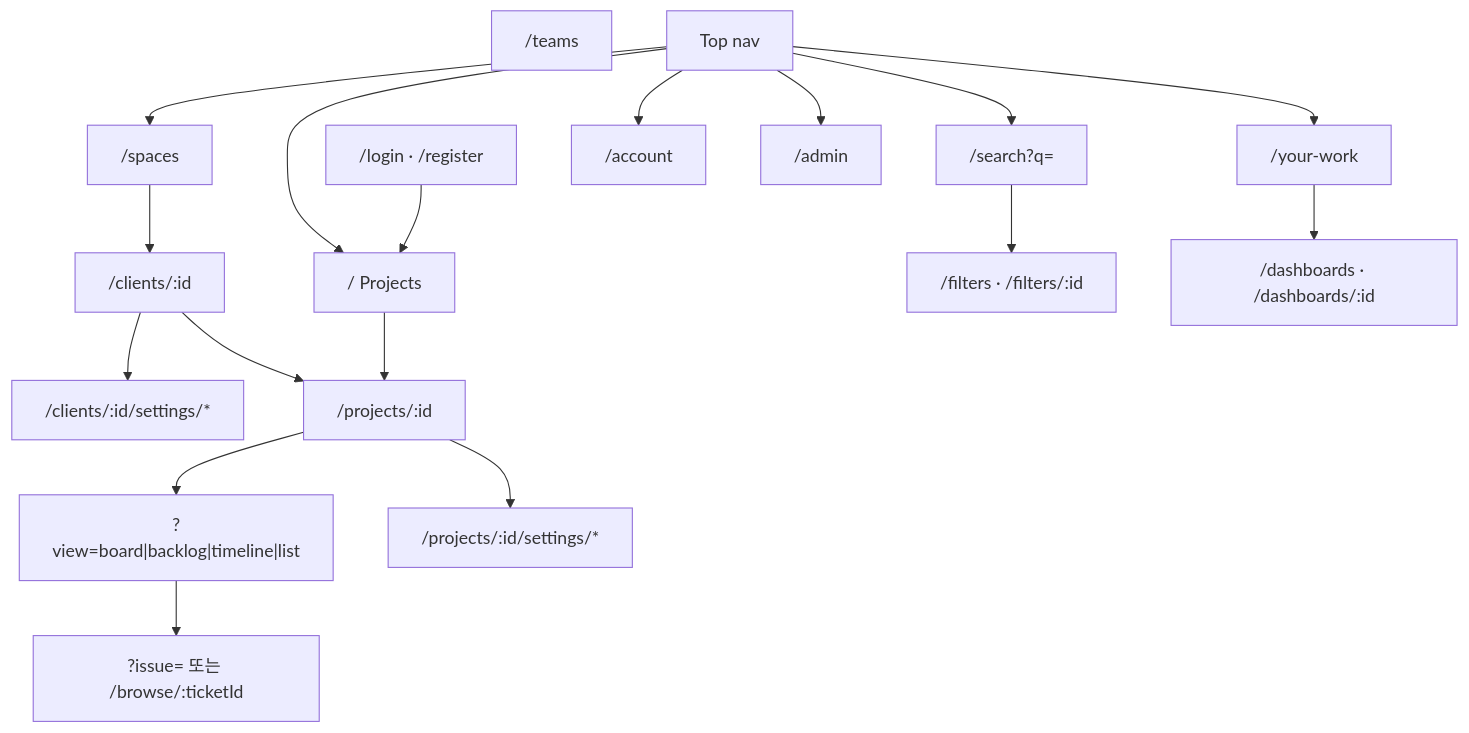
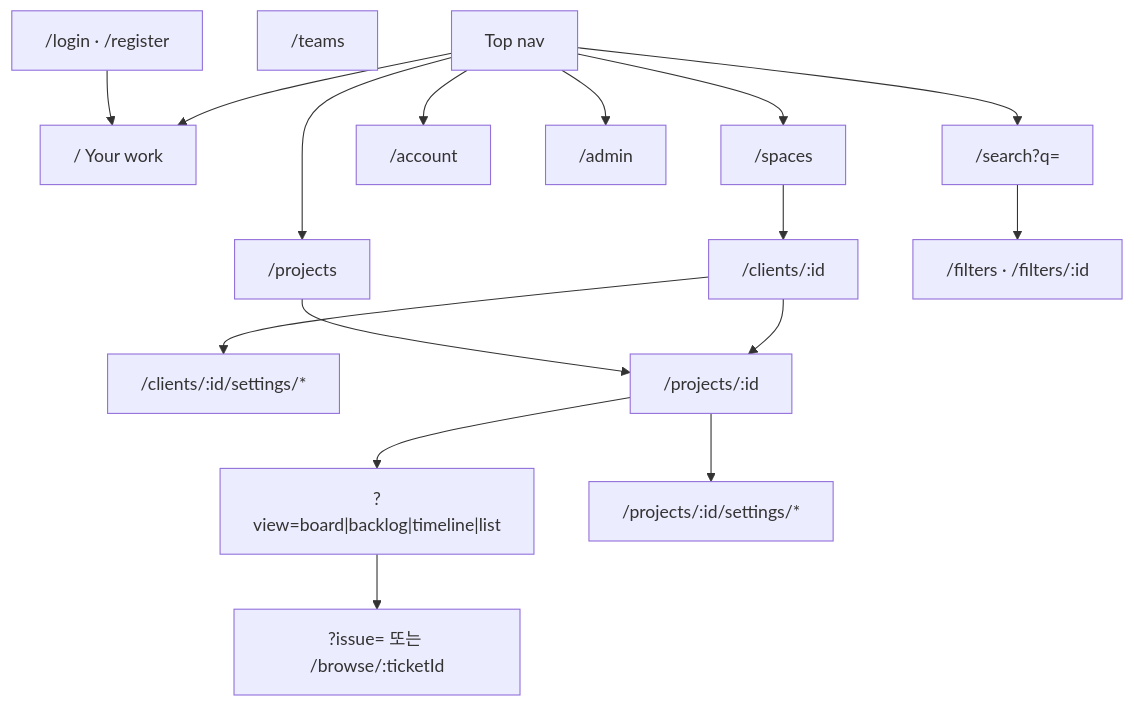
Before and after one commit to yoosungung/sw-factory: the diagram in frontend/ia/overview.md, drawn with Mermaid. The commit also changed other lines of this file and 23 other files, not shown here.

First line of the commit message:
Drop Dashboards, land on Your work, add Created by me.

````diff
--- a/frontend/ia/overview.md
+++ b/frontend/ia/overview.md
@@ -36,36 +36,34 @@
 ```mermaid
 flowchart TB
   Auth["/login · /register"]
-  YW["/your-work"]
-  Home["/  Projects"]
+  YW["/  Your work"]
+  Home["/projects"]
   Spaces["/spaces"]
   Space["/clients/:id"]
   SpaceSet["/clients/:id/settings/*"]
   Proj["/projects/:id"]
   Views["?view=board|backlog|timeline|list"]
   PSet["/projects/:id/settings/*"]
   Filters["/filters · /filters/:id"]
-  Dash["/dashboards · /dashboards/:id"]
   Teams["/teams"]
   Account["/account"]
   Admin["/admin"]
   Search["/search?q="]
   Issue["?issue= 또는 /browse/:ticketId"]
 
-  Auth --> Home
+  Auth --> YW
   Top[Top nav] --> Spaces
   Top --> Home
   Top --> YW
   Top --> Search
   Top --> Account
   Top --> Admin
   Spaces --> Space
   Home --> Proj
   Space --> Proj
   Proj --> Views
   Views --> Issue
   Space --> SpaceSet
   Proj --> PSet
   Search --> Filters
-  YW --> Dash
 ```
````
